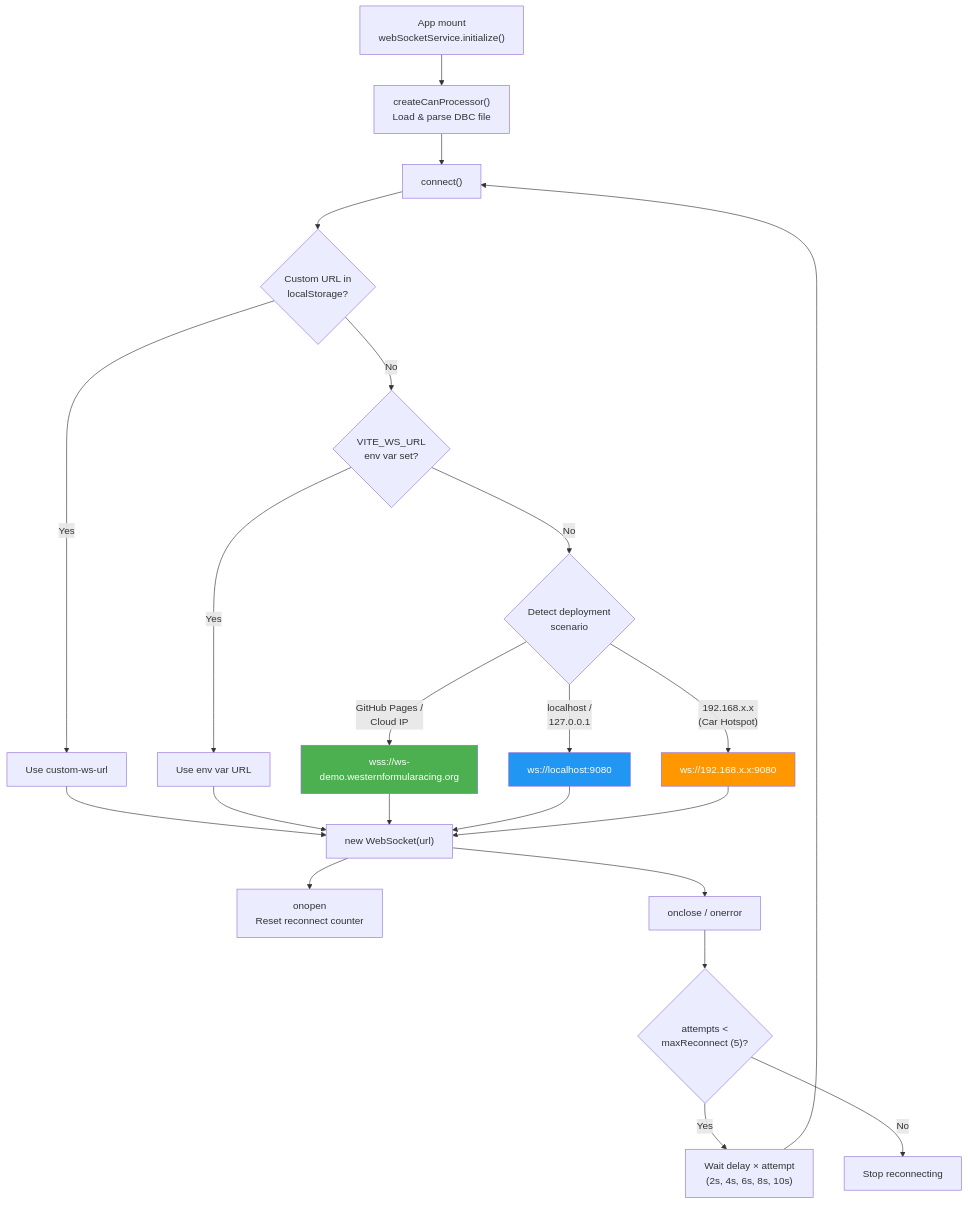
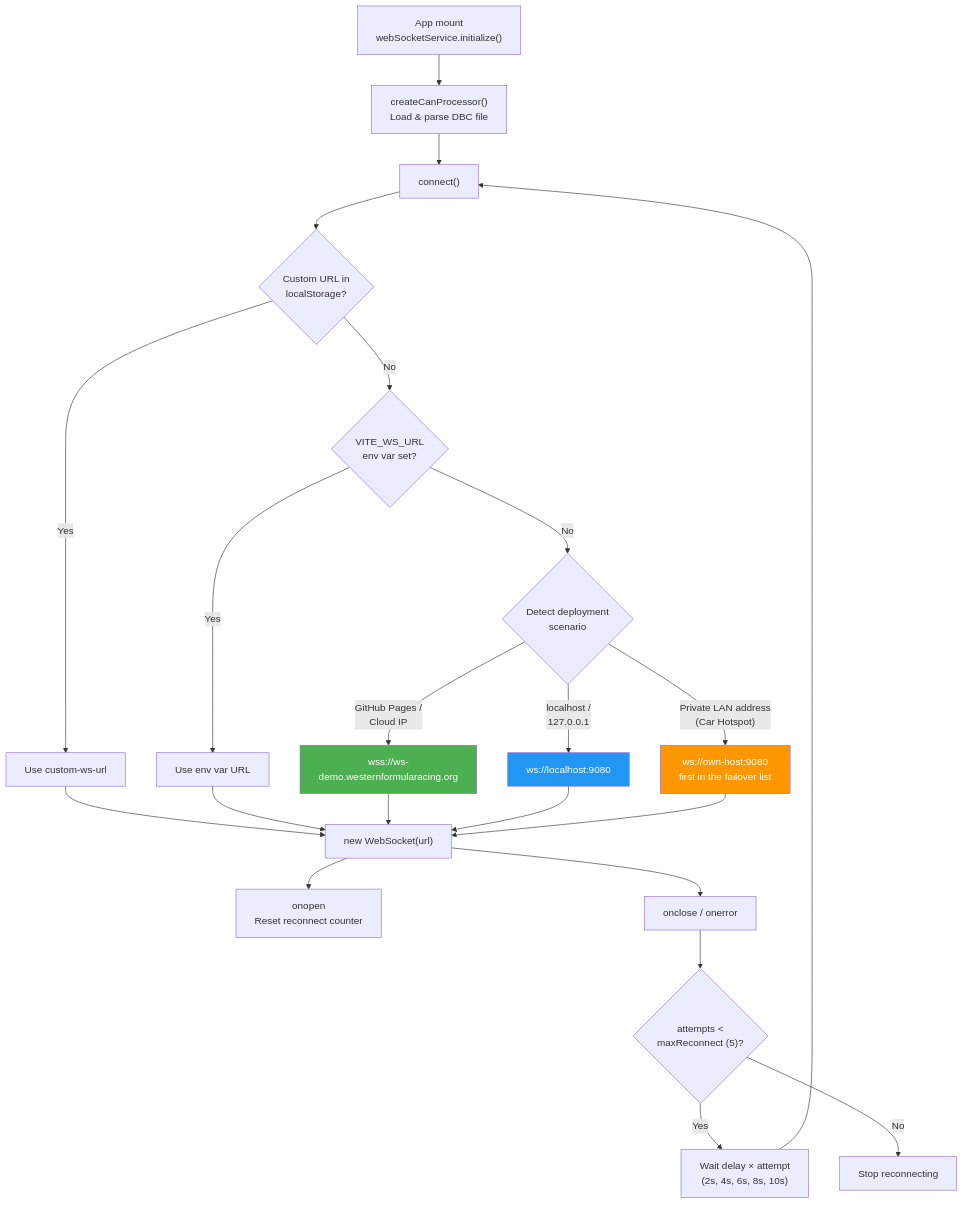
The third of 3 diagrams in pecan/README.md (Western-Formula-Racing/data-acquisition), drawn with Mermaid before and after one commit. The commit also changed other lines of this file and 22 other files, not shown here.

````diff
--- a/pecan/README.md
+++ b/pecan/README.md
@@ -119,32 +119,32 @@
 ```mermaid
 flowchart TD
     START["App mount<br/>webSocketService.initialize()"] --> INIT["createCanProcessor()<br/>Load &amp; parse DBC file"]
     INIT --> CONNECT["connect()"]
 
     CONNECT --> CUSTOM{"Custom URL in<br/>localStorage?"}
     CUSTOM -->|Yes| USE_CUSTOM["Use custom-ws-url"]
     CUSTOM -->|No| ENV{"VITE_WS_URL<br/>env var set?"}
     ENV -->|Yes| USE_ENV["Use env var URL"]
     ENV -->|No| DETECT{"Detect deployment<br/>scenario"}
 
     DETECT -->|"GitHub Pages /<br/>Cloud IP"| PROD["wss://ws-demo.westernformularacing.org"]
     DETECT -->|"localhost /<br/>127.0.0.1"| LOCAL["ws://localhost:9080"]
-    DETECT -->|"192.168.x.x<br/>(Car Hotspot)"| CAR["ws://192.168.x.x:9080"]
+    DETECT -->|"Private LAN address<br/>(Car Hotspot)"| CAR["ws://own-host:9080<br/>first in the failover list"]
 
     USE_CUSTOM --> OPEN["new WebSocket(url)"]
     USE_ENV --> OPEN
     PROD --> OPEN
     LOCAL --> OPEN
     CAR --> OPEN
 
     OPEN --> CONNECTED["onopen<br/>Reset reconnect counter"]
     OPEN --> ERROR["onclose / onerror"]
     ERROR --> RETRY{"attempts &lt;<br/>maxReconnect (5)?"}
     RETRY -->|Yes| BACKOFF["Wait delay × attempt<br/>(2s, 4s, 6s, 8s, 10s)"]
     BACKOFF --> CONNECT
     RETRY -->|No| GIVE_UP["Stop reconnecting"]
 
     style PROD fill:#4CAF50,color:#fff
     style LOCAL fill:#2196F3,color:#fff
     style CAR fill:#FF9800,color:#fff
 ```
````
